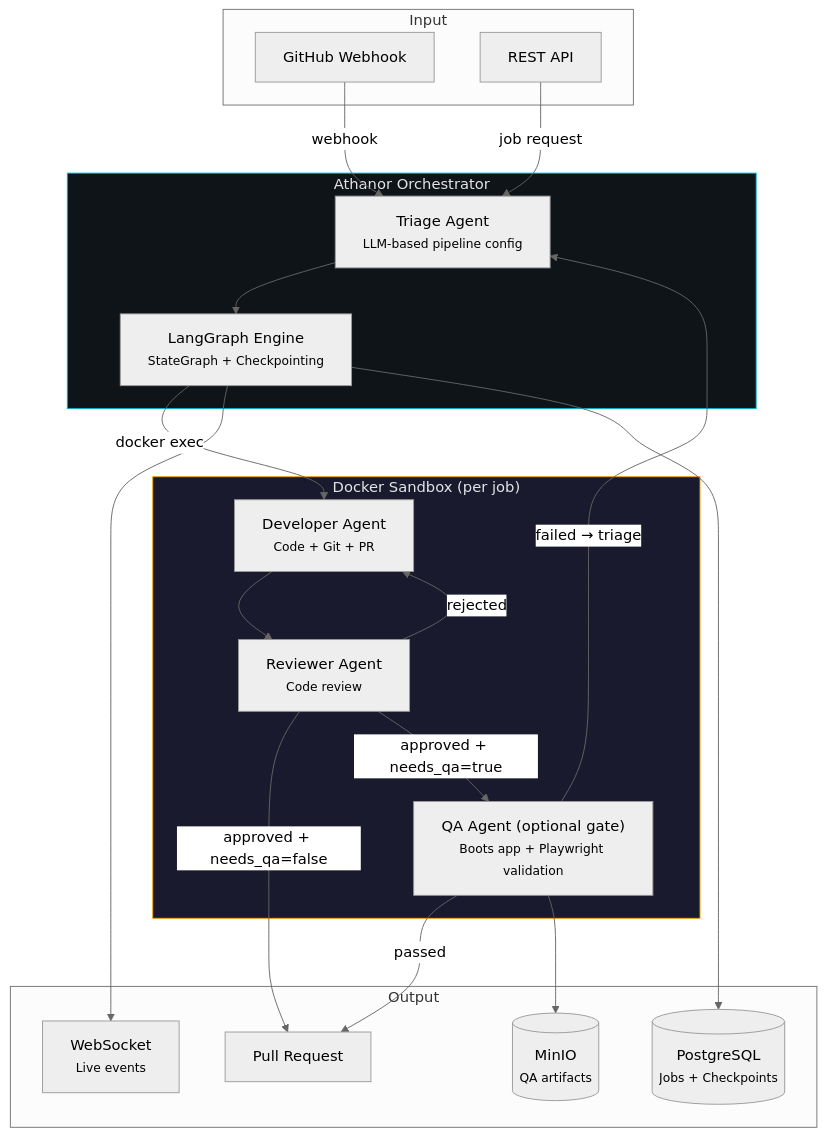
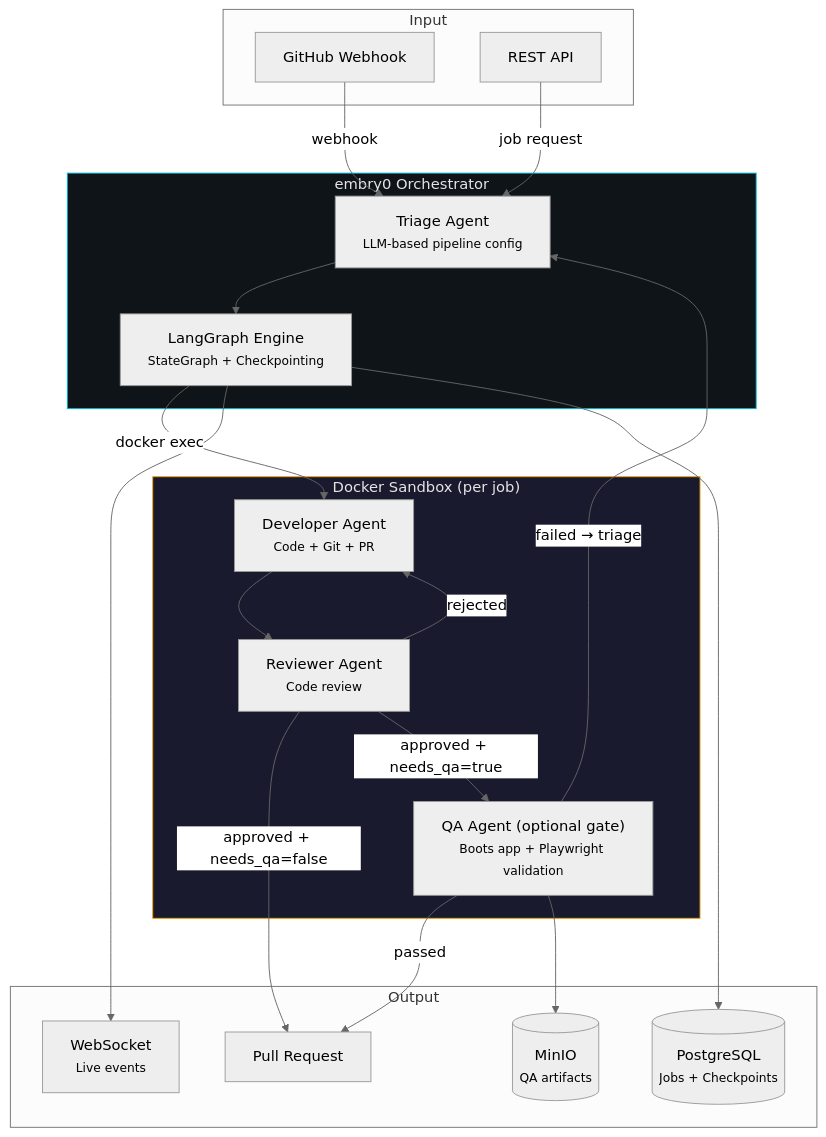
One commit to sudoTomas/embry0 changed the first of 4 diagrams in README.md. Above: the diagram before and after it, drawn with Mermaid (neutral theme). The commit also changed other lines of this file and 6 other files, not shown here.

````diff
--- a/README.md
+++ b/README.md
@@ -24,42 +24,42 @@
 ```mermaid
 graph TB
     subgraph Input
         GH["GitHub Webhook"]
         API["REST API"]
     end
 
-    subgraph Athanor["Athanor Orchestrator"]
+    subgraph embry0["embry0 Orchestrator"]
         TR["Triage Agent<br/><small>LLM-based pipeline config</small>"]
         LG["LangGraph Engine<br/><small>StateGraph + Checkpointing</small>"]
     end
 
     subgraph Sandbox["Docker Sandbox (per job)"]
         DEV["Developer Agent<br/><small>Code + Git + PR</small>"]
         REV["Reviewer Agent<br/><small>Code review</small>"]
         QA["QA Agent (optional gate)<br/><small>Boots app + Playwright validation</small>"]
     end
 
     subgraph Output
         PR["Pull Request"]
         WS["WebSocket<br/><small>Live events</small>"]
         DB[("PostgreSQL<br/><small>Jobs + Checkpoints</small>")]
         MIN[("MinIO<br/><small>QA artifacts</small>")]
     end
 
     GH -->|webhook| TR
     API -->|job request| TR
     TR --> LG
     LG -->|docker exec| DEV
     DEV --> REV
     REV -->|rejected| DEV
     REV -->|"approved + needs_qa=false"| PR
     REV -->|"approved + needs_qa=true"| QA
     QA -->|"passed"| PR
     QA -->|"failed → triage"| TR
     QA --> MIN
     LG --> WS
     LG --> DB
 
-    style Athanor fill:#0f1419,stroke:#06b6d4,color:#e4e4e7
+    style embry0 fill:#0f1419,stroke:#06b6d4,color:#e4e4e7
     style Sandbox fill:#1a1a2e,stroke:#f59e0b,color:#e4e4e7
 ```
````
